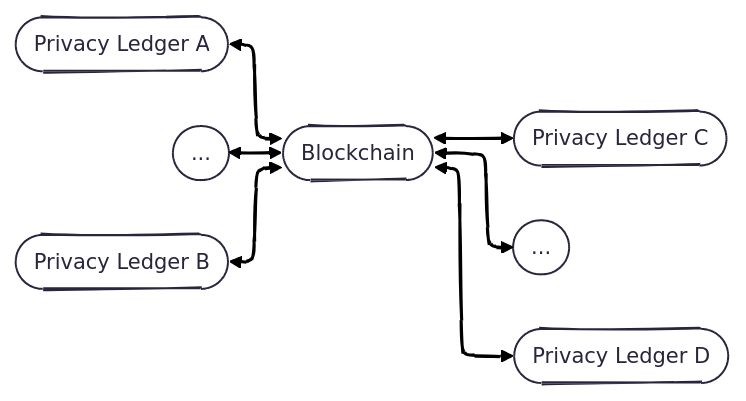
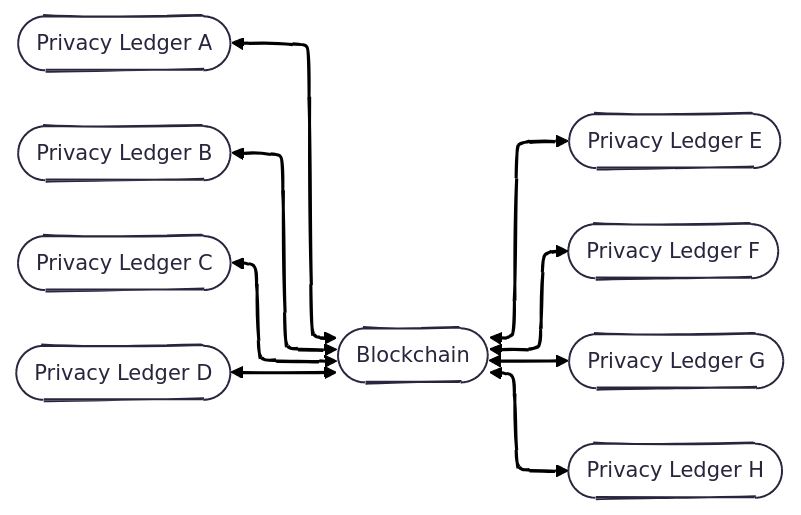
Before and after one commit to raylsnetwork/Enygma: the first of 2 diagrams in enygma_payments/README.md, drawn with Mermaid.

Commit message:
Update flowchart with additional Privacy Ledgers

````diff
--- a/enygma_payments/README.md
+++ b/enygma_payments/README.md
@@ -5,19 +5,21 @@
 ```mermaid
 ---
 config:
   theme: redux
   layout: elk
   look: handDrawn
 ---
 flowchart LR
-    PL1(["Privacy Ledger A"])
-    PL2(["..."])
-    PL3(["Privacy Ledger B"])
+    PLA(["Privacy Ledger A"])
+    PLB(["Privacy Ledger B"])
+    PLC(["Privacy Ledger C"])
+    PLD(["Privacy Ledger D"])
 
     B(["Blockchain"])
-    PL4(["Privacy Ledger C"])
-    PL5(["..."])
-    PL6(["Privacy Ledger D"])
+    PLE(["Privacy Ledger E"])
+    PLF(["Privacy Ledger F"])
+    PLG(["Privacy Ledger G"])
+    PLH(["Privacy Ledger H"])
 
-    PL1 & PL2 & PL3 <--> B <--> PL4 & PL5 & PL6
+    PLA & PLB & PLC & PLD <--> B <--> PLE & PLF & PLG & PLH
 ```
````
